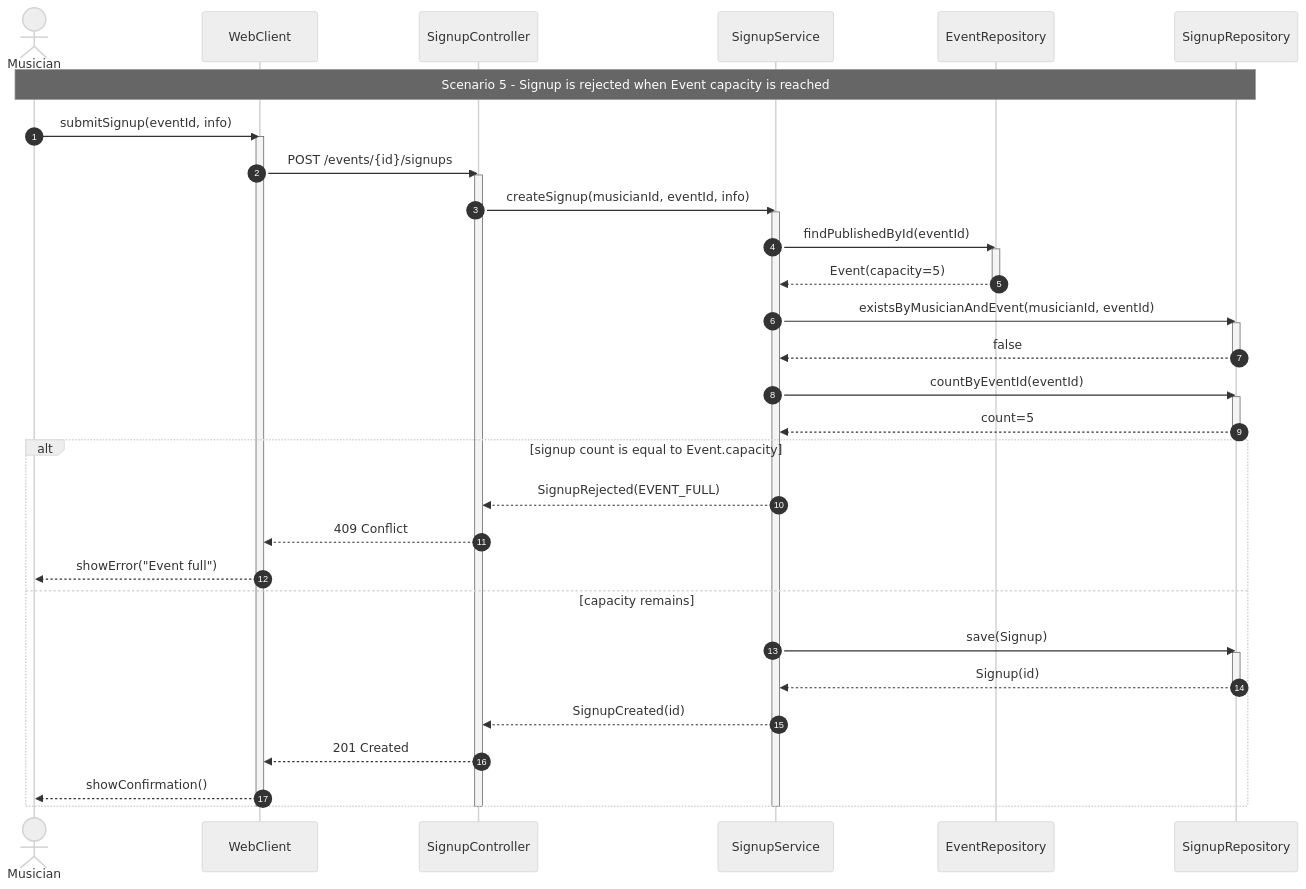
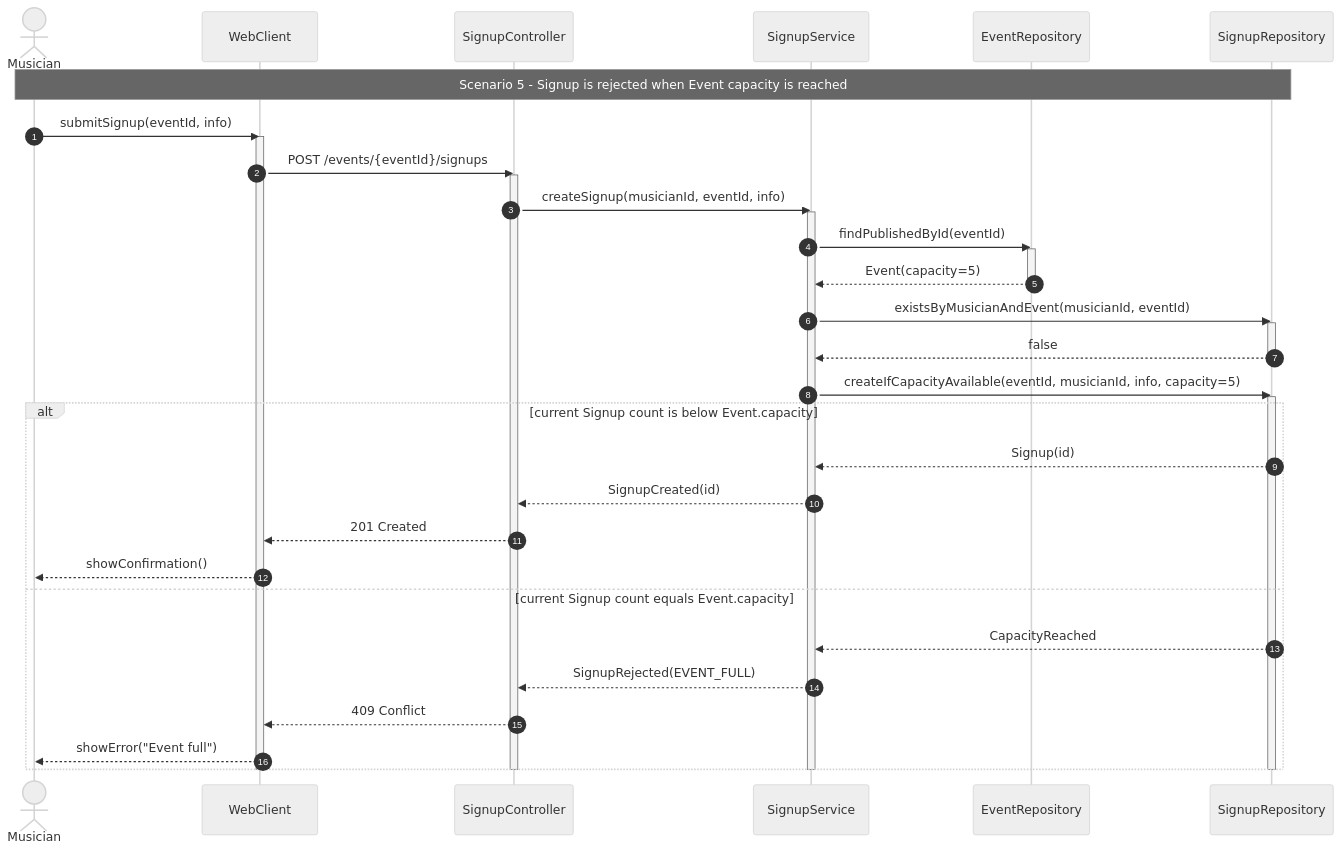
Before and after one commit to therealsunfl0wer/SMRA-labs: the diagram in 3-sequence/diagrams/scenario-05-event-full.mmd, drawn with Mermaid (neutral theme).

Commit message:
ai: align full Event sequence with atomic capacity check

```diff
--- a/3-sequence/diagrams/scenario-05-event-full.mmd
+++ b/3-sequence/diagrams/scenario-05-event-full.mmd
@@ -1,43 +1,40 @@
 sequenceDiagram
     autonumber
     actor M as Musician
     participant UI as WebClient
     participant API as SignupController
     participant SS as SignupService
     participant ER as EventRepository
     participant SR as SignupRepository
     Note over M,SR: Scenario 5 - Signup is rejected when Event capacity is reached
     M->>UI: submitSignup(eventId, info)
     activate UI
-    UI->>API: POST /events/{id}/signups
+    UI->>API: POST /events/{eventId}/signups
     activate API
     API->>SS: createSignup(musicianId, eventId, info)
     activate SS
     SS->>ER: findPublishedById(eventId)
     activate ER
     ER-->>SS: Event(capacity=5)
     deactivate ER
     SS->>SR: existsByMusicianAndEvent(musicianId, eventId)
     activate SR
     SR-->>SS: false
     deactivate SR
-    SS->>SR: countByEventId(eventId)
+    SS->>SR: createIfCapacityAvailable(eventId, musicianId, info, capacity=5)
     activate SR
-    SR-->>SS: count=5
-    deactivate SR
-    alt signup count is equal to Event.capacity
+    alt current Signup count is below Event.capacity
+        SR-->>SS: Signup(id)
+        SS-->>API: SignupCreated(id)
+        API-->>UI: 201 Created
+        UI-->>M: showConfirmation()
+    else current Signup count equals Event.capacity
+        SR-->>SS: CapacityReached
         SS-->>API: SignupRejected(EVENT_FULL)
         API-->>UI: 409 Conflict
         UI-->>M: showError("Event full")
-    else capacity remains
-        SS->>SR: save(Signup)
-        activate SR
-        SR-->>SS: Signup(id)
-        deactivate SR
-        SS-->>API: SignupCreated(id)
-        API-->>UI: 201 Created
-        UI-->>M: showConfirmation()
     end
+    deactivate SR
     deactivate SS
     deactivate API
     deactivate UI
```
